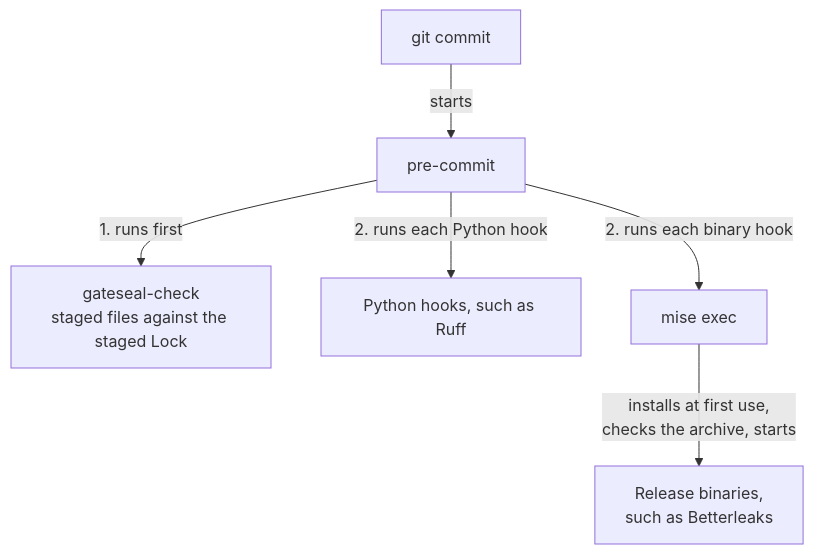
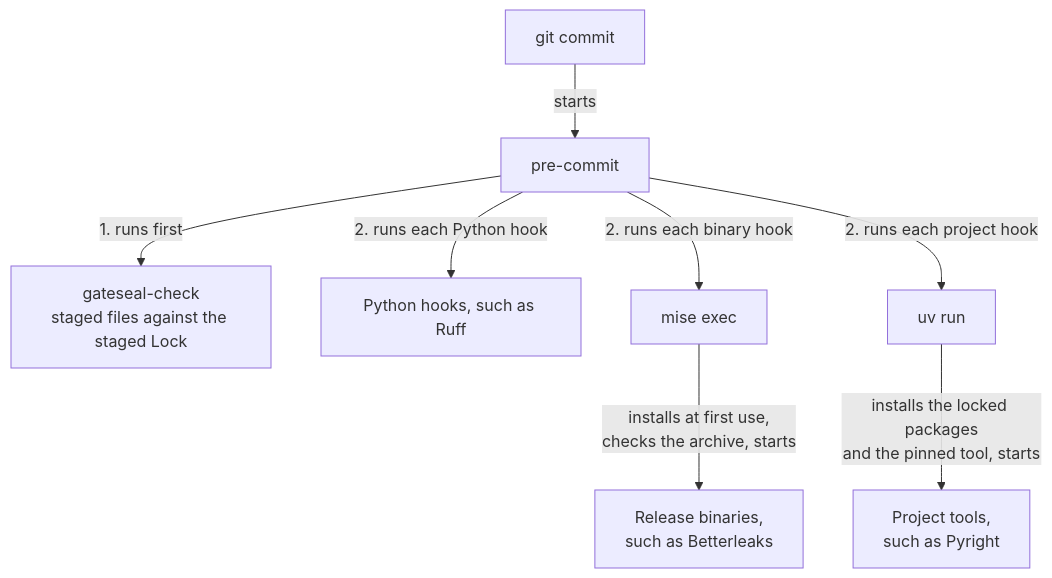
One commit to karstenevers/gateseal changed the second of 2 diagrams in docs/architecture.md. Above: the diagram before and after it, drawn with Mermaid. The commit also changed other lines of this file and 49 other files, not shown here.

First line of the commit message:
Check types with Pyright in the repository's uv project (#43)

````diff
--- a/docs/architecture.md
+++ b/docs/architecture.md
@@ -97,10 +97,12 @@
 ```mermaid
 flowchart TD
     accTitle: How gateseal checks a commit
-    accDescr: git commit starts pre-commit. pre-commit runs gateseal-check first, which compares the staged generated files with the staged Lock. Then it runs each tool's hook. A Python hook runs in the environment that pre-commit built. A release binary starts through mise, which installs it at first use and checks its archive.
+    accDescr: git commit starts pre-commit. pre-commit runs gateseal-check first, which compares the staged generated files with the staged Lock. Then it runs each tool's hook. A Python hook runs in the environment that pre-commit built. A release binary starts through mise, which installs it at first use and checks its archive. A project tool starts through uv run, which installs the packages that the repository's uv.lock pins and the pinned tool.
     git["git commit"] -- "starts" --> precommit["pre-commit"]
     precommit -- "1. runs first" --> check["gateseal-check<br/>staged files against the staged Lock"]
     precommit -- "2. runs each Python hook" --> python["Python hooks, such as Ruff"]
     precommit -- "2. runs each binary hook" --> mise["mise exec"]
     mise -- "installs at first use,<br/>checks the archive, starts" --> binary["Release binaries,<br/>such as Betterleaks"]
+    precommit -- "2. runs each project hook" --> uv["uv run"]
+    uv -- "installs the locked packages<br/>and the pinned tool, starts" --> project["Project tools,<br/>such as Pyright"]
 ```
````
